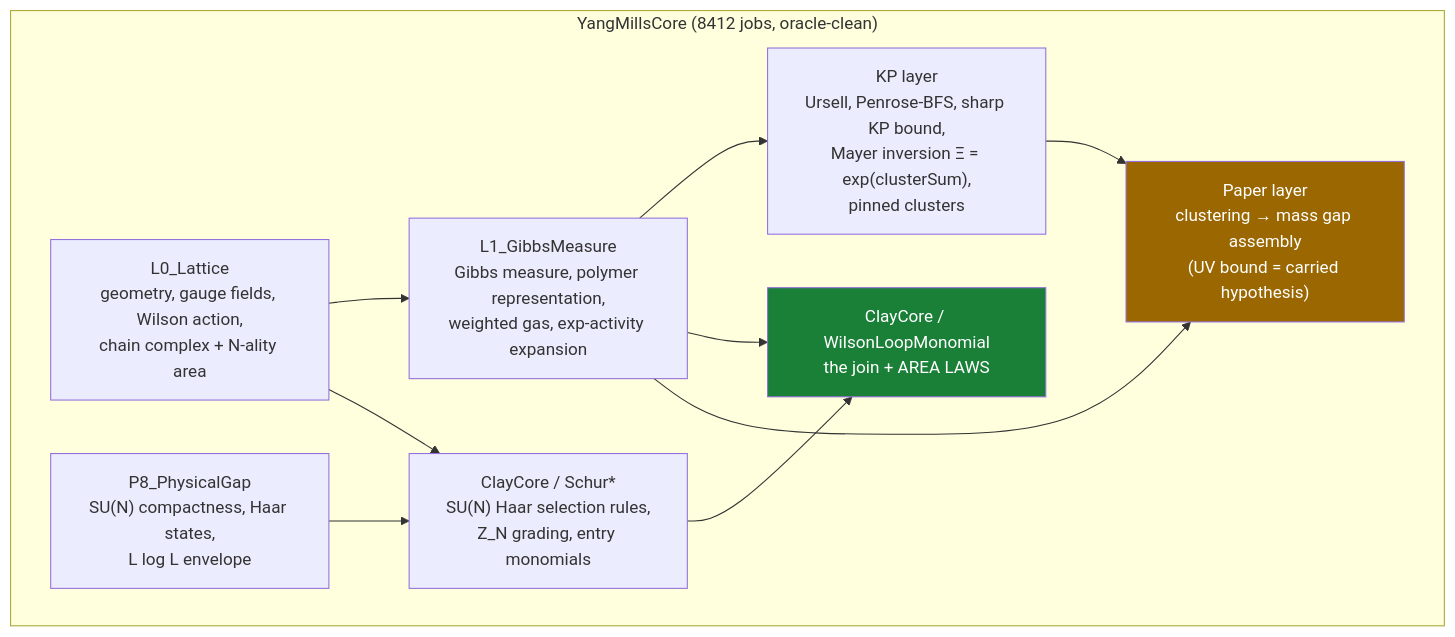
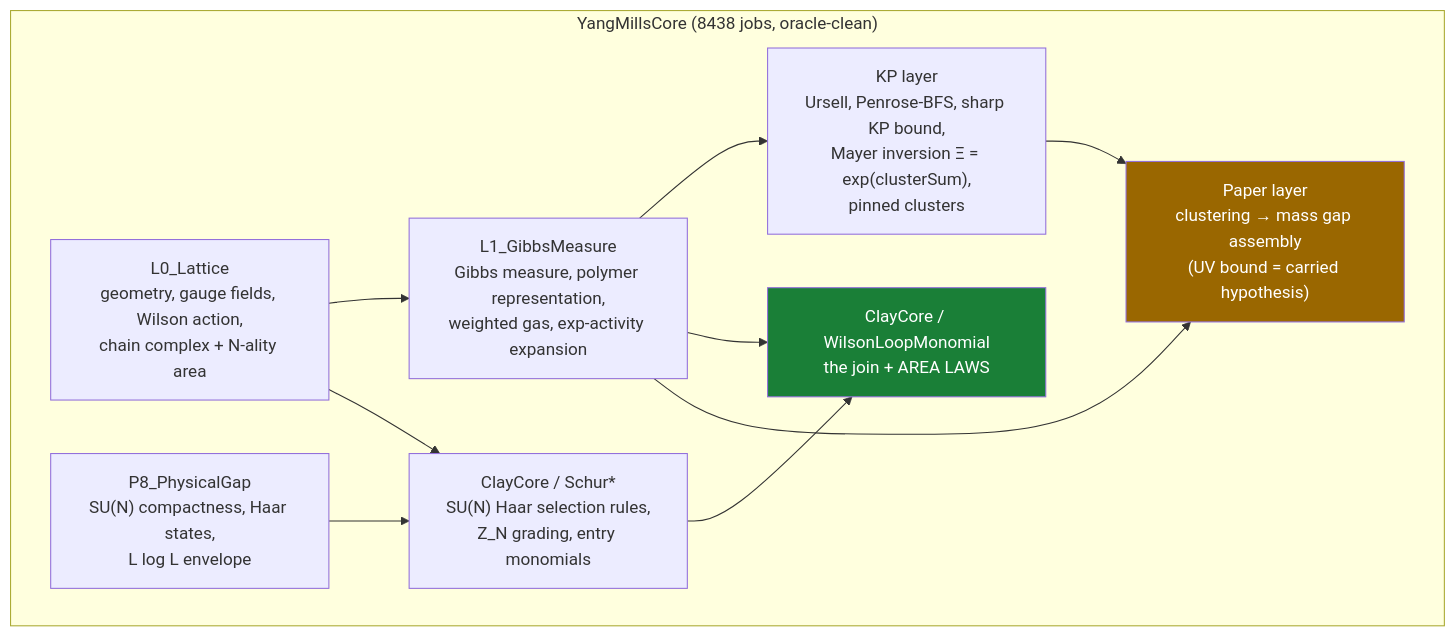
One commit to lluiseriksson/THE-ERIKSSON-PROGRAMME changed the diagram in README.md. Above: the diagram before and after it, drawn with Mermaid. The commit also changed other lines of this file and 5 other files, not shown here.

````diff
--- a/README.md
+++ b/README.md
@@ -366,20 +366,20 @@
 ```mermaid
 graph TD
-    subgraph core["YangMillsCore  (8412 jobs, oracle-clean)"]
+    subgraph core["YangMillsCore  (8438 jobs, oracle-clean)"]
         L0["L0_Lattice<br/>geometry, gauge fields, Wilson action,<br/>chain complex + N-ality area"]
         L1["L1_GibbsMeasure<br/>Gibbs measure, polymer representation,<br/>weighted gas, exp-activity expansion"]
         KP["KP layer<br/>Ursell, Penrose-BFS, sharp KP bound,<br/>Mayer inversion Ξ = exp(clusterSum),<br/>pinned clusters"]
         SCHUR["ClayCore / Schur*<br/>SU(N) Haar selection rules,<br/>Z_N grading, entry monomials"]
         WLM["ClayCore / WilsonLoopMonomial<br/>the join + AREA LAWS"]
         PAPER["Paper layer<br/>clustering → mass gap assembly<br/>(UV bound = carried hypothesis)"]
         P8["P8_PhysicalGap<br/>SU(N) compactness, Haar states,<br/>L log L envelope"]
     end
     L0 --> L1 --> KP
     L0 --> SCHUR --> WLM
     L1 --> WLM
     L1 --> PAPER
     KP --> PAPER
     P8 --> SCHUR
     style WLM fill:#1a7f37,color:#fff
     style PAPER fill:#9a6700,color:#fff
 ```
````
